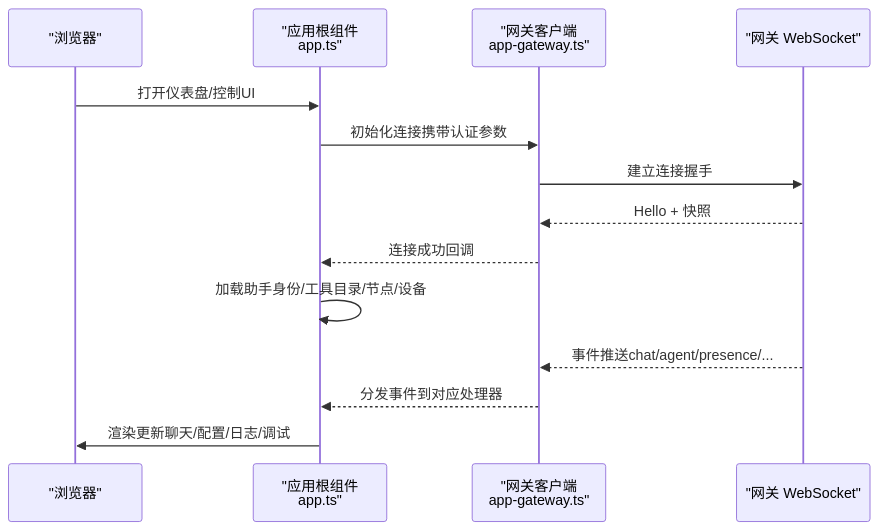
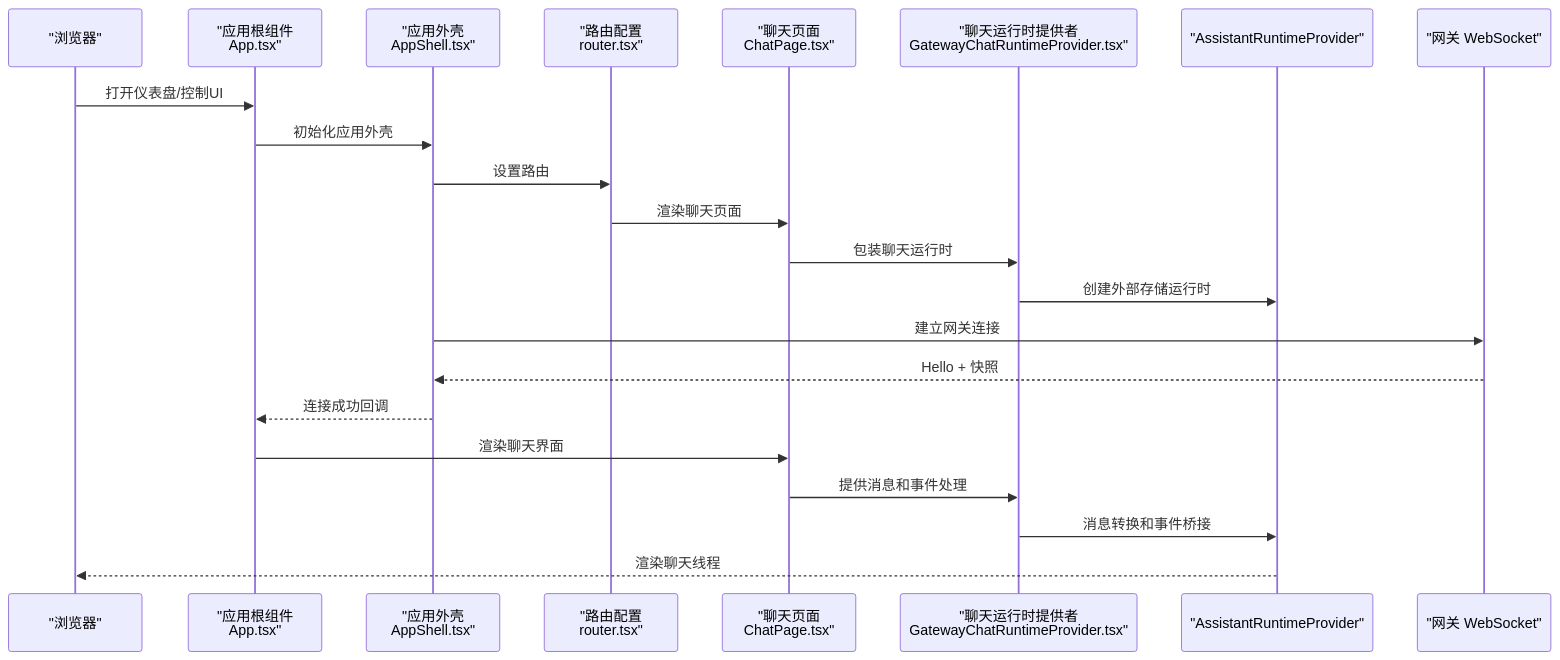
The second of 5 diagrams in .qoder/repowiki/zh/content/Web界面/Web界面.md (verse-ai-org/openclaw), drawn with Mermaid before and after one commit. The commit also changed other lines of this file and 19 other files, not shown here.

````diff
--- a/.qoder/repowiki/zh/content/Web界面/Web界面.md
+++ b/.qoder/repowiki/zh/content/Web界面/Web界面.md
@@ -140,16 +173,24 @@
 ```mermaid
 sequenceDiagram
 participant Browser as "浏览器"
-participant App as "应用根组件<br/>app.ts"
-participant GW as "网关客户端<br/>app-gateway.ts"
+participant App as "应用根组件<br/>App.tsx"
+participant Shell as "应用外壳<br/>AppShell.tsx"
+participant Router as "路由配置<br/>router.tsx"
+participant ChatPage as "聊天页面<br/>ChatPage.tsx"
+participant Runtime as "聊天运行时提供者<br/>GatewayChatRuntimeProvider.tsx"
+participant Provider as "AssistantRuntimeProvider"
 participant WS as "网关 WebSocket"
 Browser->>App : 打开仪表盘/控制UI
-App->>GW : 初始化连接携带认证参数
-GW->>WS : 建立连接握手
-WS-->>GW : Hello + 快照
-GW-->>App : 连接成功回调
-App->>App : 加载助手身份/工具目录/节点/设备
-WS-->>GW : 事件推送chat/agent/presence/...
-GW-->>App : 分发事件到对应处理器
-App->>Browser : 渲染更新聊天/配置/日志/调试
+App->>Shell : 初始化应用外壳
+Shell->>Router : 设置路由
+Router->>ChatPage : 渲染聊天页面
+ChatPage->>Runtime : 包装聊天运行时
+Runtime->>Provider : 创建外部存储运行时
+Shell->>WS : 建立网关连接
+WS-->>Shell : Hello + 快照
+Shell-->>App : 连接成功回调
+App->>ChatPage : 渲染聊天界面
+ChatPage->>Runtime : 提供消息和事件处理
+Runtime->>Provider : 消息转换和事件桥接
+Provider-->>Browser : 渲染聊天线程
 ```
````
